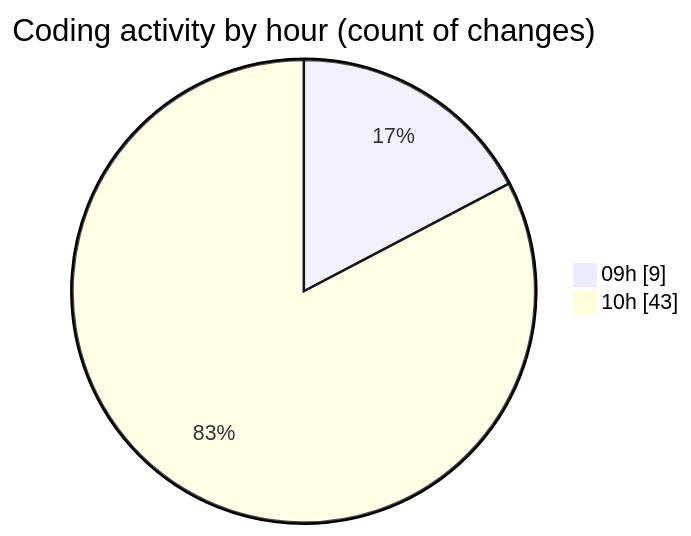
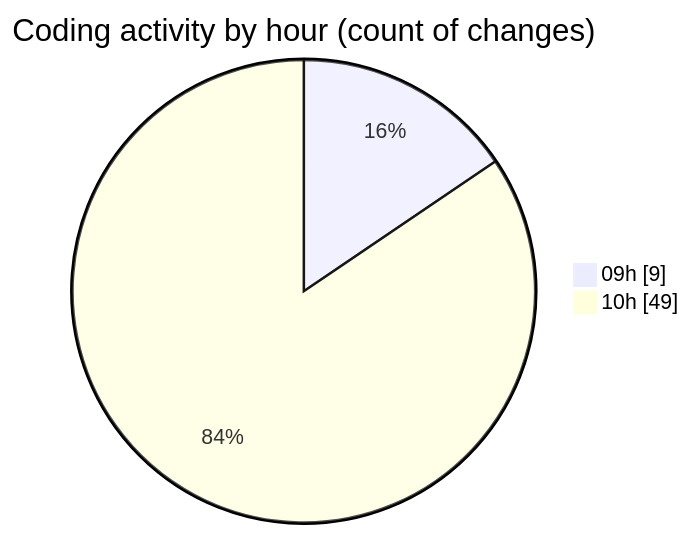
Before and after one commit to momahboobian/code-tracking: the second of 2 diagrams in 2026-09-01/cda/README.md, drawn with Mermaid. The commit also changed other lines of this file and 1 other file, not shown here.

````diff
--- a/2026-09-01/cda/README.md
+++ b/2026-09-01/cda/README.md
@@ -55,6 +59,6 @@
 ```mermaid
 pie showData
 title Coding activity by hour (count of changes)
 "09h" : 9
-"10h" : 43
+"10h" : 49
 ```
````
